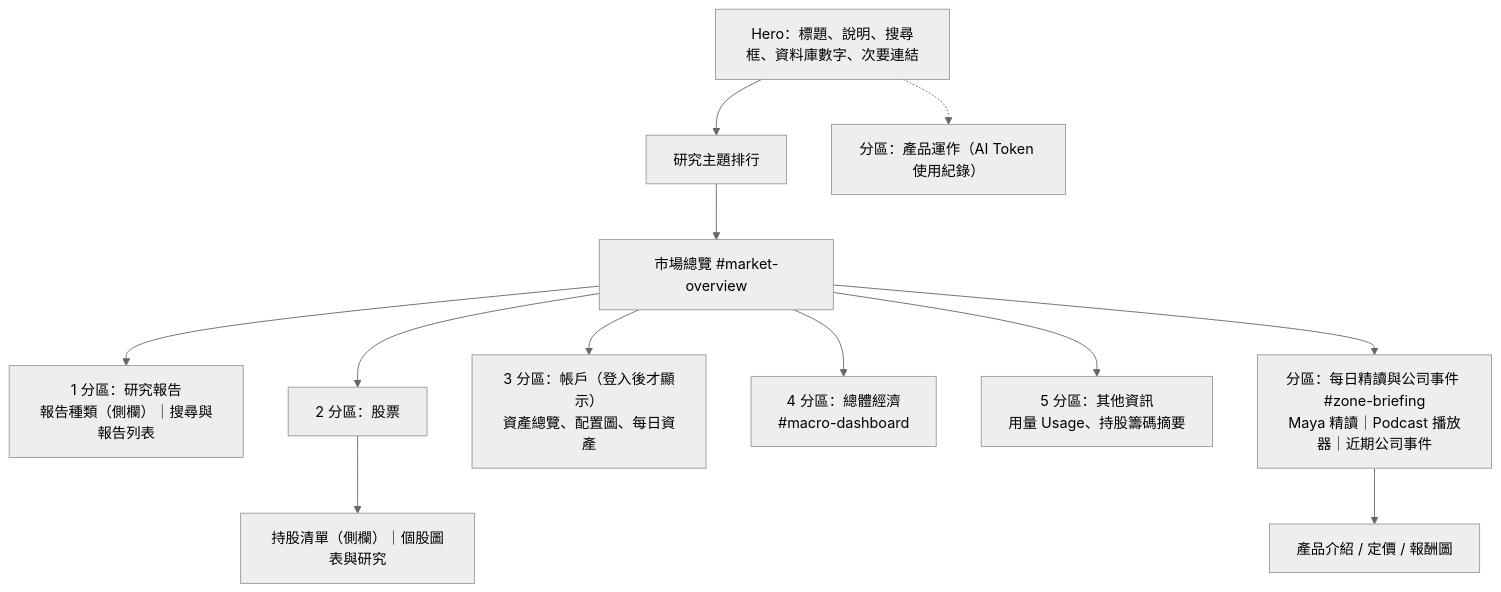
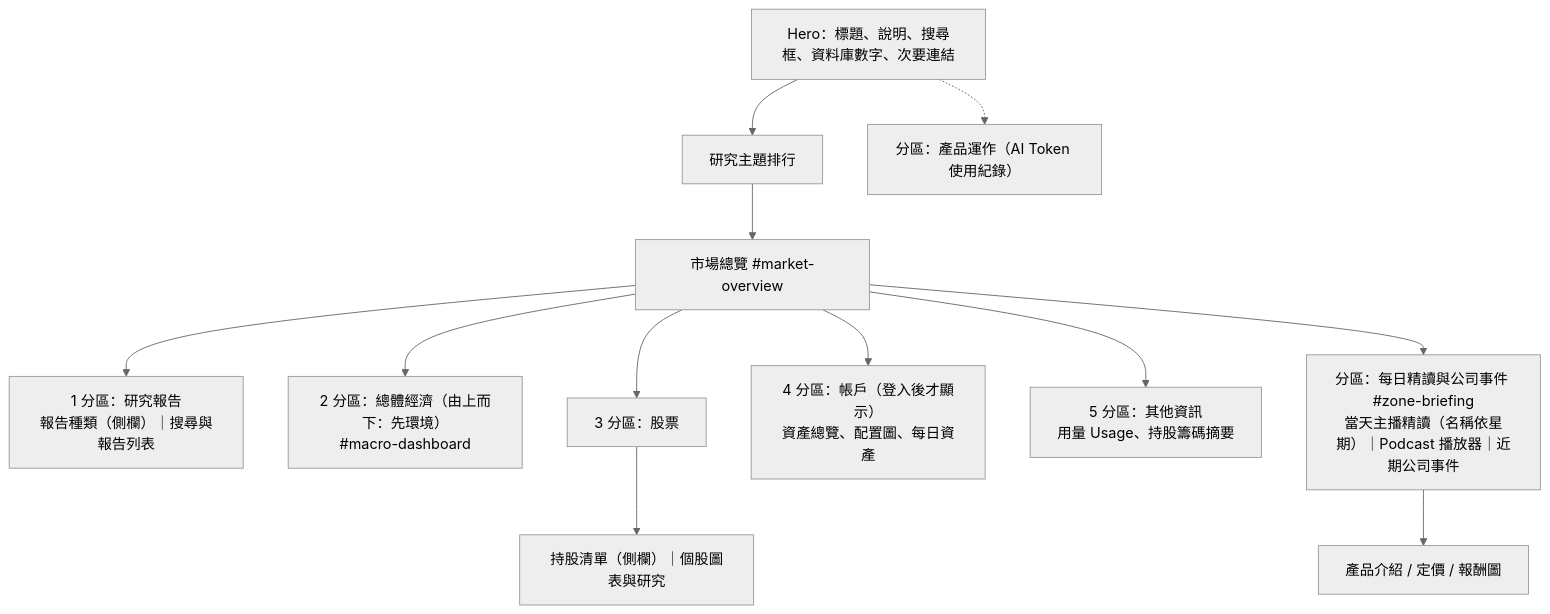
The diagram in docs/HOME_LAYOUT.md (Vinskao/ty-multiverse), drawn with Mermaid (neutral theme) before and after one commit. The commit also changed other lines of this file and 6 other files, not shown here.

Commit message:
Home: macro zone back above stocks, live hero search, weekday presenter on daily reading

````diff
--- a/docs/HOME_LAYOUT.md
+++ b/docs/HOME_LAYOUT.md
@@ -5,14 +5,14 @@
 ```mermaid
 flowchart TD
     H["Hero：標題、說明、搜尋框、資料庫數字、次要連結"] --> R["研究主題排行"]
     R --> M["市場總覽 #market-overview"]
     M --> Z4["1 分區：研究報告<br/>報告種類（側欄）｜搜尋與報告列表"]
-    M --> Z2["2 分區：股票"]
+    M --> Z1["2 分區：總體經濟（由上而下：先環境）<br/>#macro-dashboard"]
+    M --> Z2["3 分區：股票"]
     Z2 --> S1["持股清單（側欄）｜個股圖表與研究"]
-    M --> Z3["3 分區：帳戶（登入後才顯示）<br/>資產總覽、配置圖、每日資產"]
-    M --> Z1["4 分區：總體經濟<br/>#macro-dashboard"]
+    M --> Z3["4 分區：帳戶（登入後才顯示）<br/>資產總覽、配置圖、每日資產"]
     M --> Z6["5 分區：其他資訊<br/>用量 Usage、持股籌碼摘要"]
-    M --> B["分區：每日精讀與公司事件 #zone-briefing<br/>Maya 精讀｜Podcast 播放器｜近期公司事件"]
+    M --> B["分區：每日精讀與公司事件 #zone-briefing<br/>當天主播精讀（名稱依星期）｜Podcast 播放器｜近期公司事件"]
     B --> I["產品介紹 / 定價 / 報酬圖"]
     H -.-> Z5["分區：產品運作（AI Token 使用紀錄）"]
 ```
````
